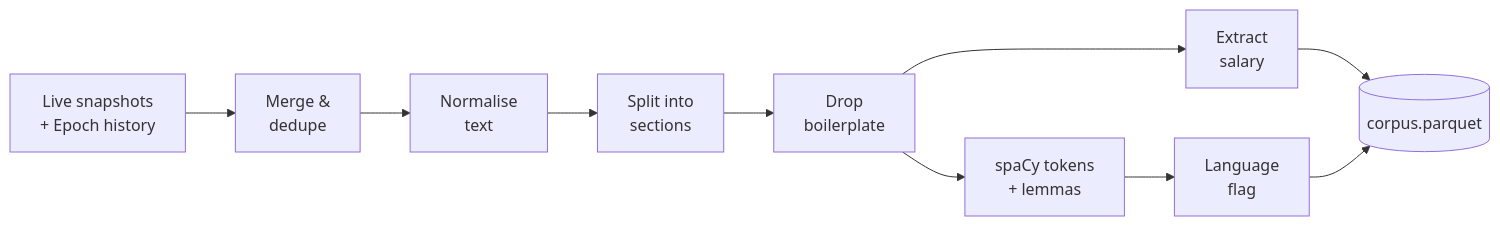
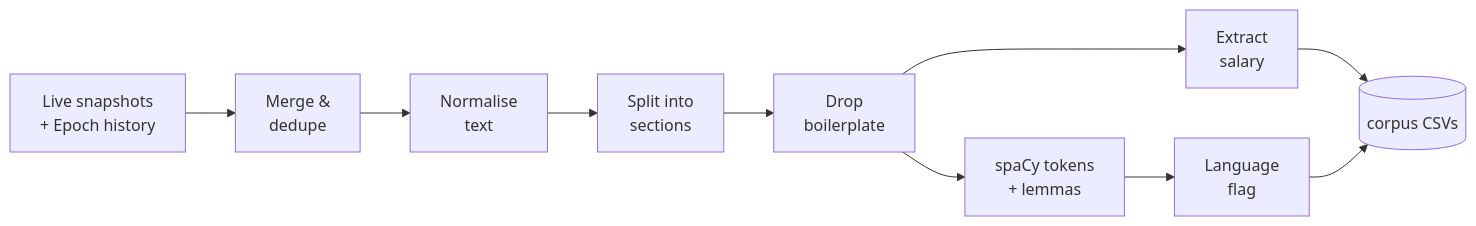
The diagram in docs/sprints/sprint-03-nlp-preprocessing.md (FrankPonce/competitor-demand-prediction), drawn with Mermaid before and after one commit. The commit also changed other lines of this file and 29 other files, not shown here.

````diff
--- a/docs/sprints/sprint-03-nlp-preprocessing.md
+++ b/docs/sprints/sprint-03-nlp-preprocessing.md
@@ -30,12 +30,12 @@
 ```mermaid
 flowchart LR
     A[Live snapshots<br/>+ Epoch history] --> B[Merge &<br/>dedupe]
     B --> C[Normalise<br/>text]
     C --> D[Split into<br/>sections]
     D --> E[Drop<br/>boilerplate]
     E --> F[Extract<br/>salary]
     E --> G[spaCy tokens<br/>+ lemmas]
     G --> H[Language<br/>flag]
-    F --> I[(corpus.parquet)]
+    F --> I[(corpus CSVs)]
     H --> I
 ```
````
